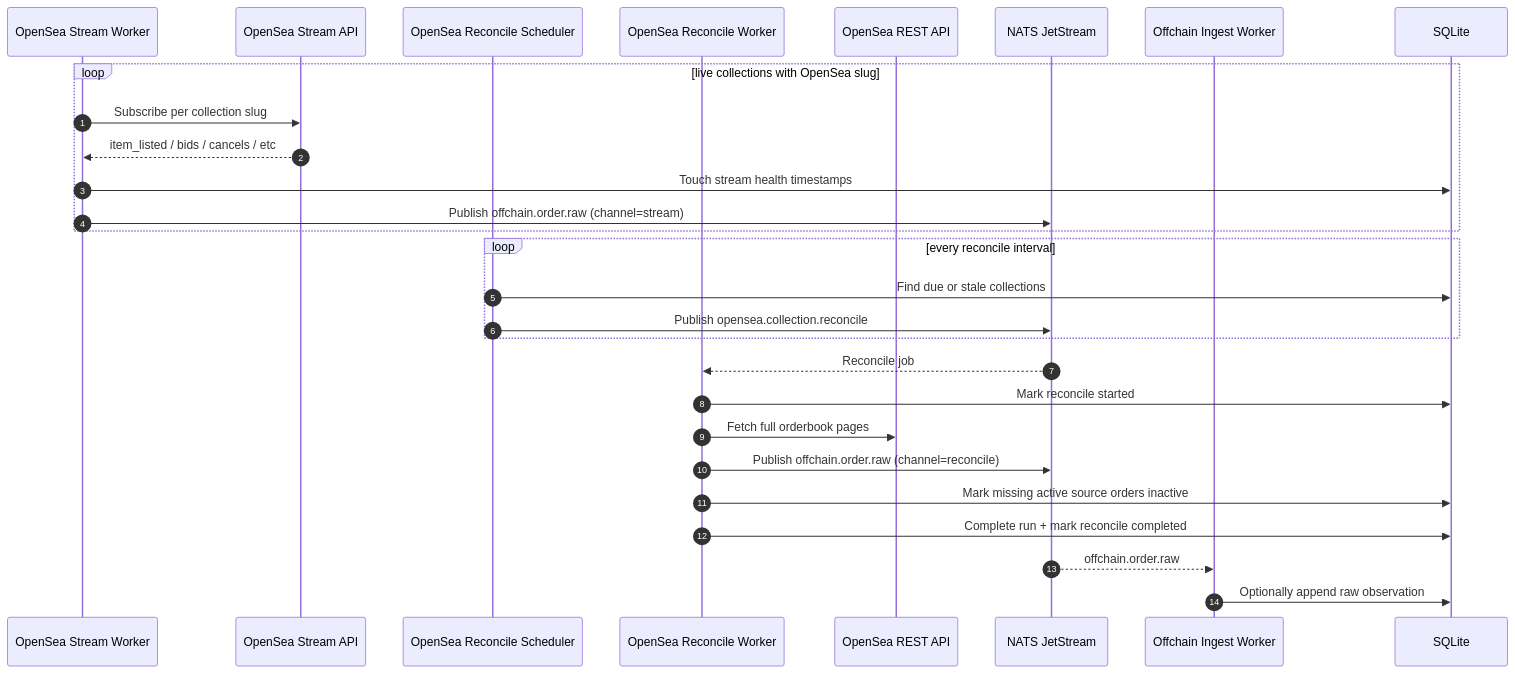
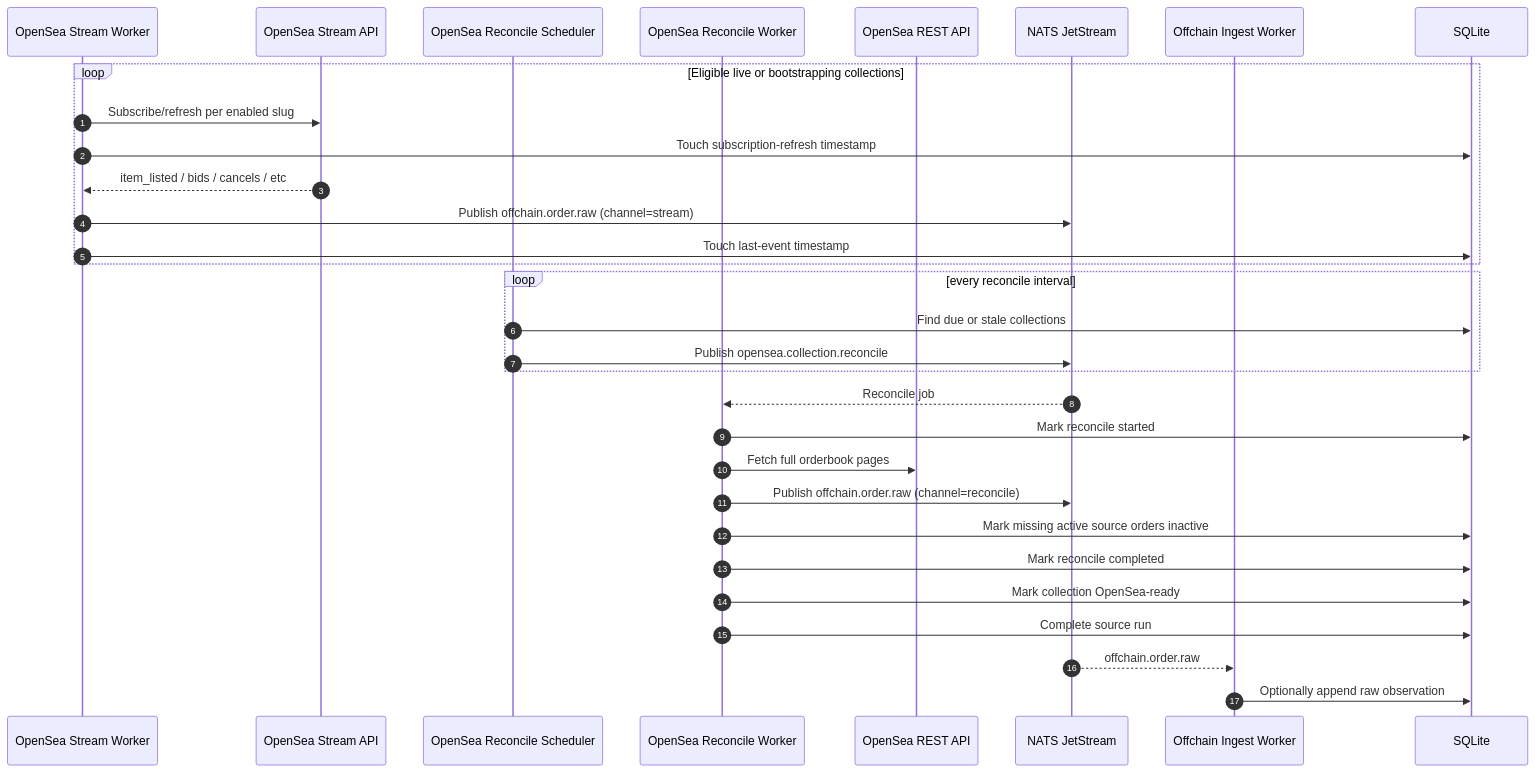
The fourth of 4 diagrams in docs/indexer/13-sequence-diagrams.md (d347h-eth/artgod), drawn with Mermaid before and after one commit. The commit also changed other lines of this file and 40 other files, not shown here.

````diff
--- a/docs/indexer/13-sequence-diagrams.md
+++ b/docs/indexer/13-sequence-diagrams.md
@@ -133,34 +147,37 @@
 ```mermaid
 sequenceDiagram
     autonumber
     participant Stream as OpenSea Stream Worker
     participant OSStream as OpenSea Stream API
     participant ReconcileSched as OpenSea Reconcile Scheduler
     participant Reconcile as OpenSea Reconcile Worker
     participant OSAPI as OpenSea REST API
     participant NATS as NATS JetStream
     participant Offchain as Offchain Ingest Worker
     participant DB as SQLite
 
-    loop live collections with OpenSea slug
-        Stream->>OSStream: Subscribe per collection slug
+    loop Eligible live or bootstrapping collections
+        Stream->>OSStream: Subscribe/refresh per enabled slug
+        Stream->>DB: Touch subscription-refresh timestamp
         OSStream-->>Stream: item_listed / bids / cancels / etc
-        Stream->>DB: Touch stream health timestamps
         Stream->>NATS: Publish offchain.order.raw (channel=stream)
+        Stream->>DB: Touch last-event timestamp
     end
 
     loop every reconcile interval
         ReconcileSched->>DB: Find due or stale collections
         ReconcileSched->>NATS: Publish opensea.collection.reconcile
     end
 
     NATS-->>Reconcile: Reconcile job
     Reconcile->>DB: Mark reconcile started
     Reconcile->>OSAPI: Fetch full orderbook pages
     Reconcile->>NATS: Publish offchain.order.raw (channel=reconcile)
     Reconcile->>DB: Mark missing active source orders inactive
-    Reconcile->>DB: Complete run + mark reconcile completed
+    Reconcile->>DB: Mark reconcile completed
+    Reconcile->>DB: Mark collection OpenSea-ready
+    Reconcile->>DB: Complete source run
 
     NATS-->>Offchain: offchain.order.raw
     Offchain->>DB: Optionally append raw observation
 ```
````
